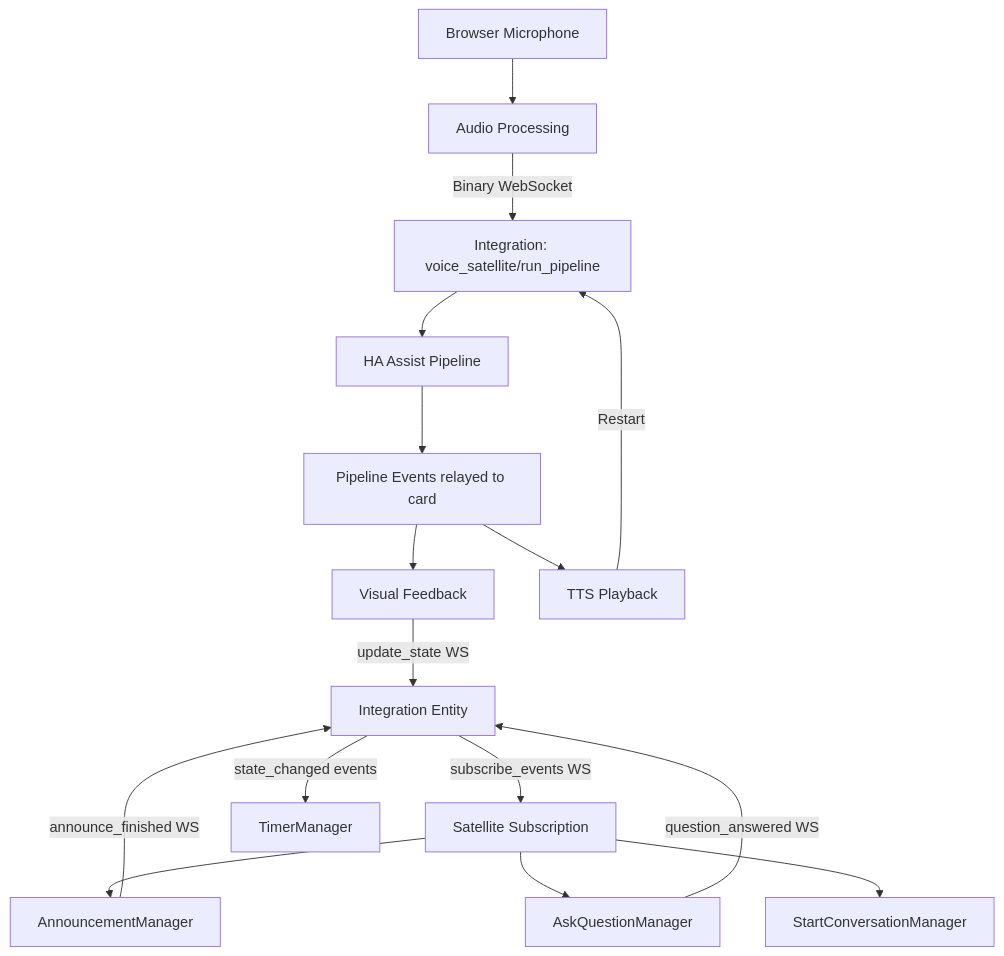
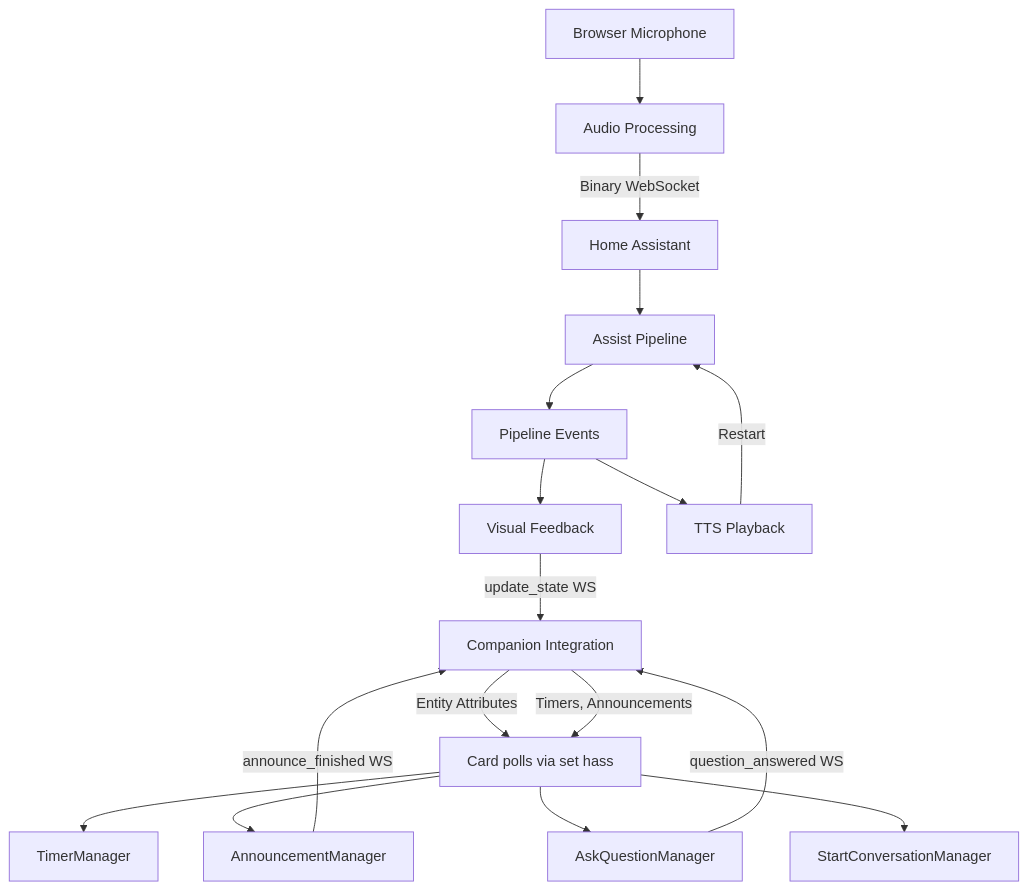
One commit to jxlarrea/Voice-Satellite-Card-for-Home-Assistant changed the first of 2 diagrams in DESIGN.md. Above: the diagram before and after it, drawn with Mermaid. The commit also changed other lines of this file and 10 other files, not shown here.

Commit message:
Added Bubble Styles and fixed ask-question response

````diff
--- a/DESIGN.md
+++ b/DESIGN.md
@@ -17,21 +13,20 @@
 ```mermaid
 graph TD
     A[Browser Microphone] --> B[Audio Processing]
-    B -->|Binary WebSocket| C[Integration: voice_satellite/run_pipeline]
-    C --> D[HA Assist Pipeline]
-    D --> E[Pipeline Events relayed to card]
+    B -->|Binary WebSocket| C[Home Assistant]
+    C --> D[Assist Pipeline]
+    D --> E[Pipeline Events]
     E --> F[Visual Feedback]
     E --> G[TTS Playback]
-    G -->|Restart| C
+    G -->|Restart| D
 
-    H[Integration Entity] -->|subscribe_events WS| I[Satellite Subscription]
-    I --> J[AnnouncementManager]
-    I --> K[AskQuestionManager]
-    I --> L[StartConversationManager]
-
-    H -->|state_changed events| M[TimerManager]
-
-    J -->|announce_finished WS| H
-    K -->|question_answered WS| H
+    H[Companion Integration] -->|Entity Attributes| I[Card polls via set hass]
+    I --> J[TimerManager]
+    I --> K[AnnouncementManager]
+    I --> L[AskQuestionManager]
+    I --> M[StartConversationManager]
+    K -->|announce_finished WS| H
+    L -->|question_answered WS| H
     F -->|update_state WS| H
+    H -->|Timers, Announcements| I
 ```
````
